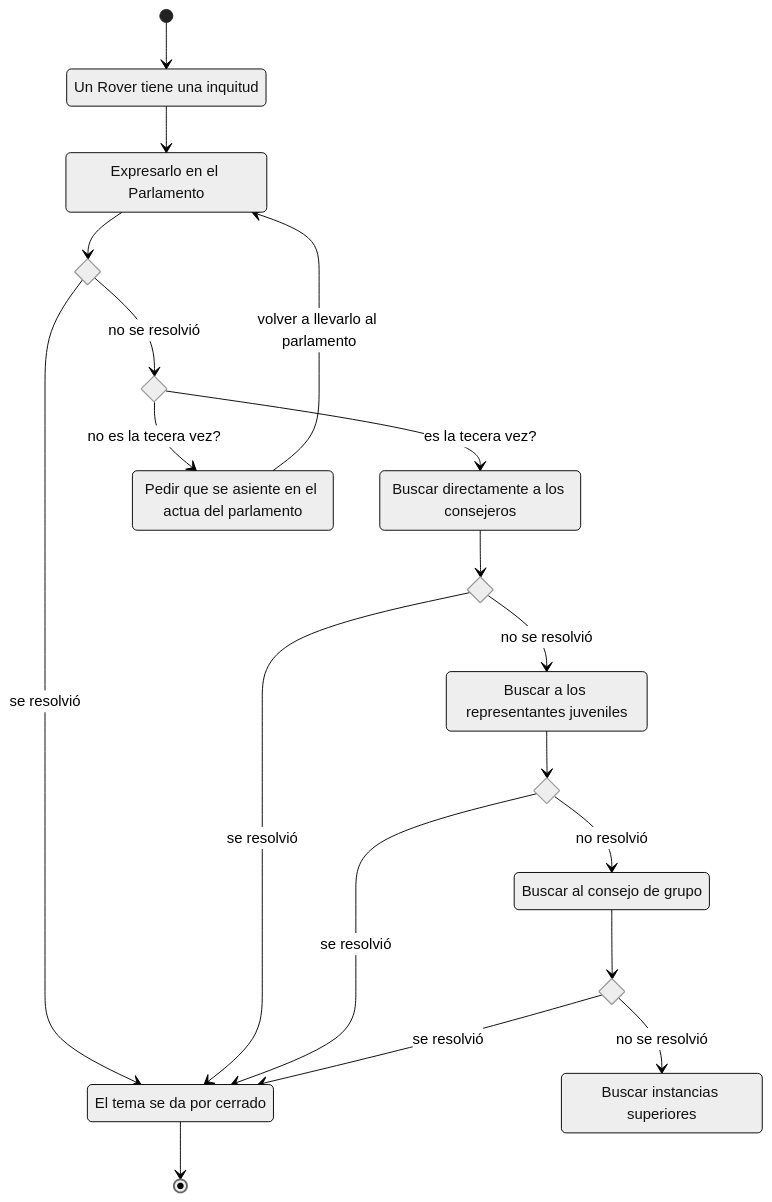
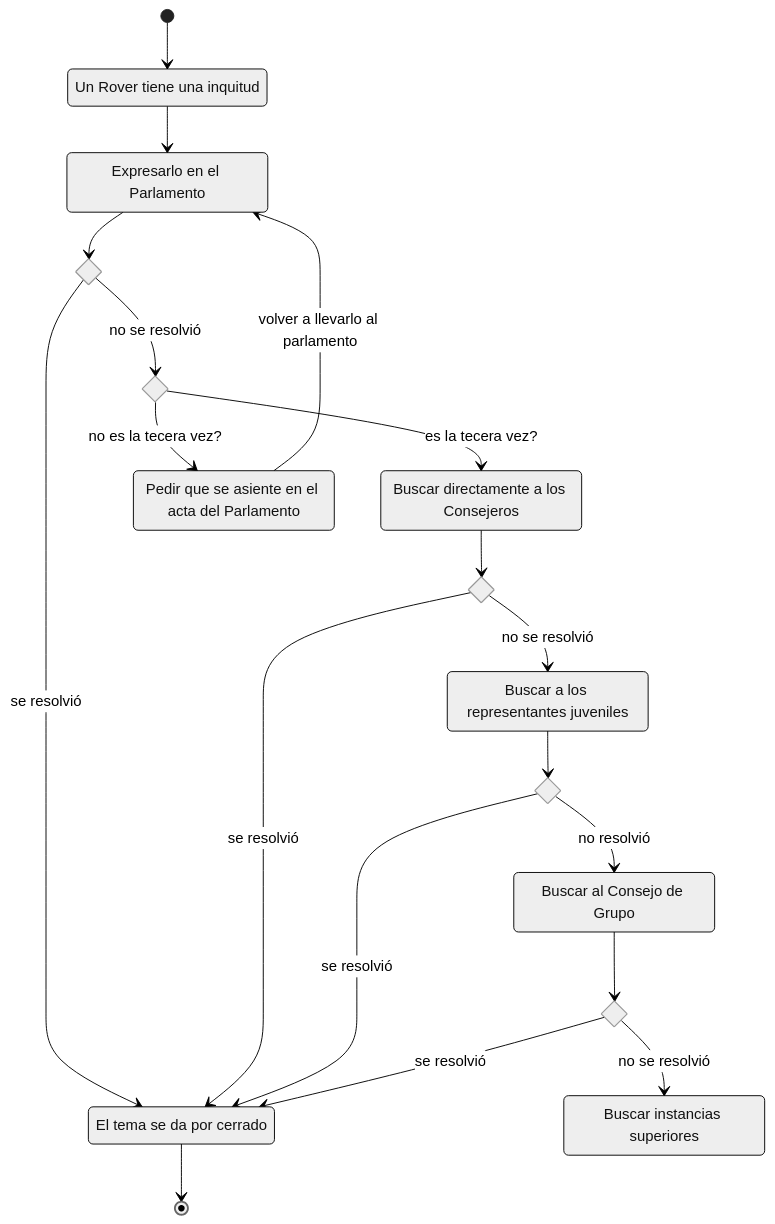
Before and after one commit to conecta-clanes/my-website: the diagram in docs/base-conocimiento/tips-consejeros/manejo-conflicto-problema-inquietud.md, drawn with Mermaid (neutral theme).

Commit message:
AZC-007 fix typo
AZC-007 fix typo

````diff
--- a/docs/base-conocimiento/tips-consejeros/manejo-conflicto-problema-inquietud.md
+++ b/docs/base-conocimiento/tips-consejeros/manejo-conflicto-problema-inquietud.md
@@ -6,52 +6,52 @@
 ```mermaid
 stateDiagram-v2
     state "Un Rover tiene una inquitud" as s0
     state "Expresarlo en el Parlamento" as s1
 
     state "El tema se da por cerrado" as tc
 
-    state "Buscar directamente a los consejeros" as bdc
-    state "Pedir que se asiente en el actua del parlamento" as pap
+    state "Buscar directamente a los Consejeros" as bdc
+    state "Pedir que se asiente en el acta del Parlamento" as pap
 
     state "Buscar a los representantes juveniles" as rj
 
-    state "Buscar al consejo de grupo" as cg
+    state "Buscar al Consejo de Grupo" as cg
 
     state "Buscar instancias superiores" as is
     
     state es_tercera_vez <<choice>>    
     state expresarlo_parlamento <<choice>>
 
     state buscar_representantes_juveniles <<choice>>
 
     state tema_resuelto <<choice>>
 
     state tema_resueltoIS <<choice>>
     
     [*] --> s0
     s0 --> s1
     s1 --> expresarlo_parlamento
     expresarlo_parlamento --> es_tercera_vez : no se resolvió
     expresarlo_parlamento --> tc : se resolvió
     tc --> [*]
     es_tercera_vez --> bdc : es la tecera vez?
     es_tercera_vez --> pap : no es la tecera vez?
 
     pap --> s1 : volver a llevarlo al parlamento
 
     bdc-->buscar_representantes_juveniles
     buscar_representantes_juveniles--> rj : no se resolvió
     buscar_representantes_juveniles--> tc: se resolvió
     
     rj --> tema_resuelto
     tema_resuelto --> tc: se resolvió
 
     tema_resuelto --> cg : no resolvió
     
     cg --> tema_resueltoIS
 
     tema_resueltoIS --> tc: se resolvió
     tema_resueltoIS --> is: no se resolvió
     
     
 ```
````
